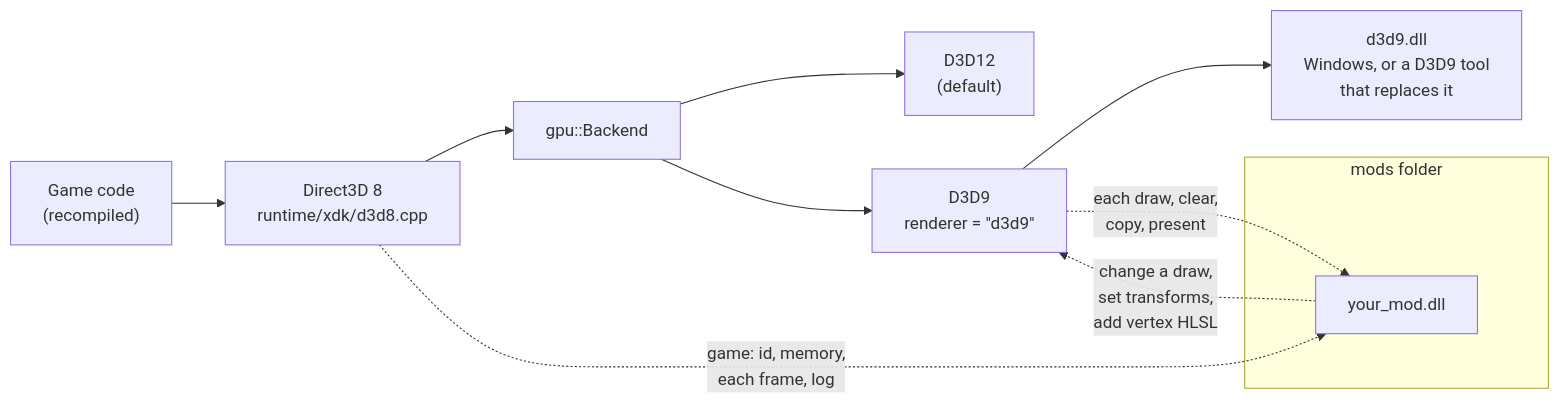
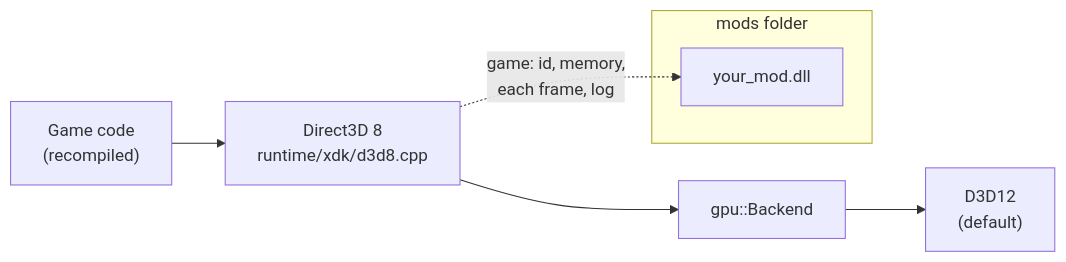
Before and after one commit to jcchikikomori/recomp-the-duke: the first of 3 diagrams in docs/mods.md, drawn with Mermaid. The commit also changed other lines of this file and 21 other files, not shown here.

````diff
--- a/docs/mods.md
+++ b/docs/mods.md
@@ -41,16 +32,12 @@
 ```mermaid
 flowchart LR
     G["Game code<br/>(recompiled)"] --> X["Direct3D 8<br/>runtime/xdk/d3d8.cpp"]
     X --> B["gpu::Backend"]
     B --> D12["D3D12<br/>(default)"]
-    B --> D9["D3D9<br/>renderer = &quot;d3d9&quot;"]
-    D9 --> DLL["d3d9.dll<br/>Windows, or a D3D9 tool<br/>that replaces it"]
 
     subgraph M ["mods folder"]
         A["your_mod.dll"]
     end
 
     X -. "game: id, memory,<br/>each frame, log" .-> A
-    D9 -. "each draw, clear,<br/>copy, present" .-> A
-    A -. "change a draw,<br/>set transforms,<br/>add vertex HLSL" .-> D9
 ```
````
